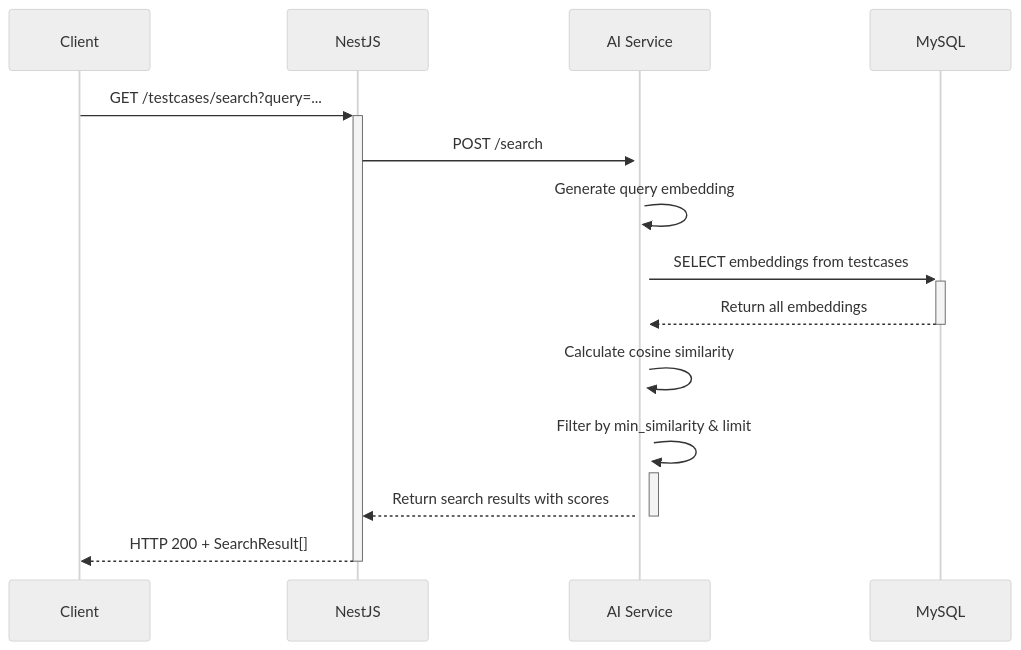
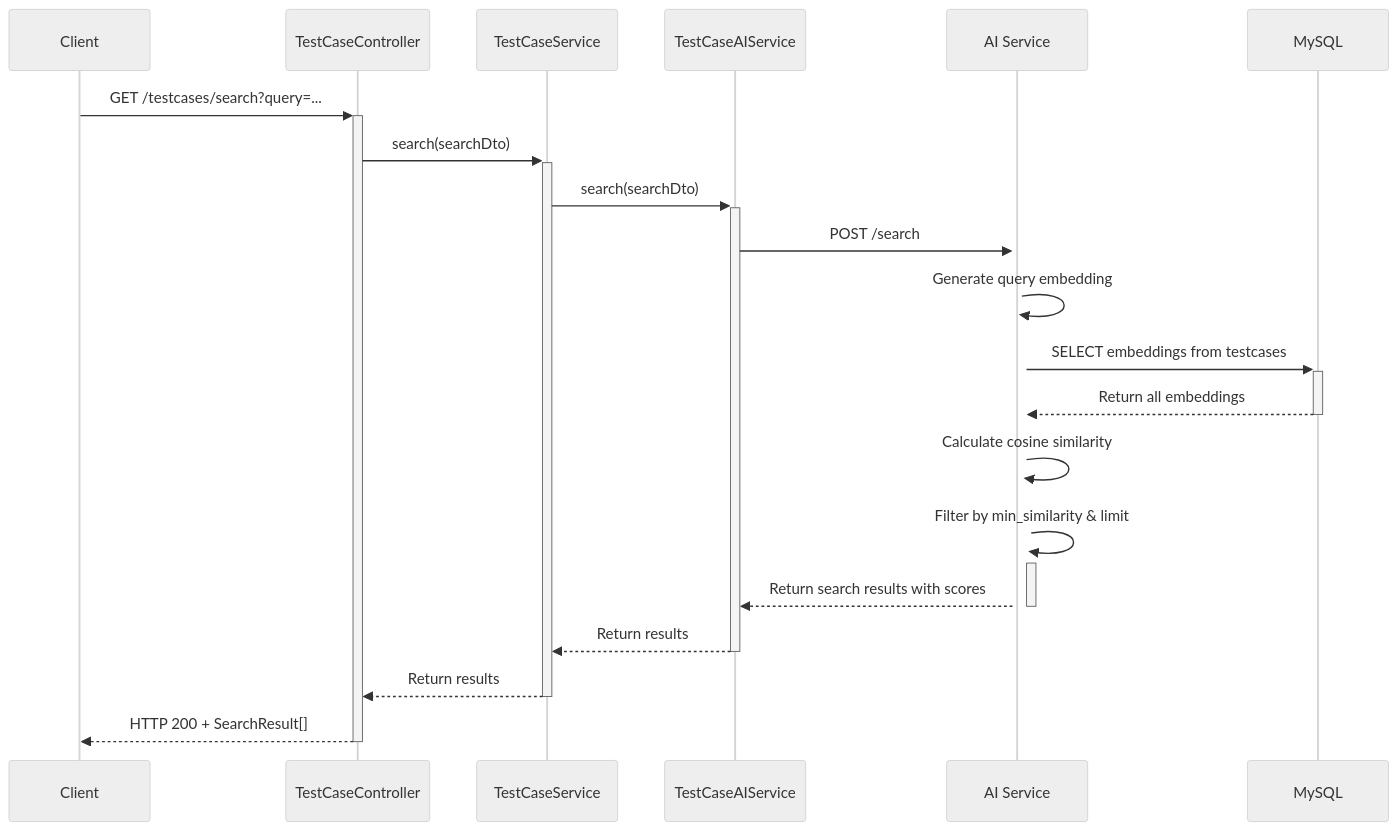
Before and after one commit to atiohaidar/test-case-management: the second of 4 diagrams in docs/Tech.md, drawn with Mermaid (neutral theme). The commit also changed other lines of this file and 7 other files, not shown here.

Commit message:
feat: Refactor TestCase module and services to improve structure and add AI functionalities

````diff
--- a/docs/Tech.md
+++ b/docs/Tech.md
@@ -226,12 +286,16 @@
 ```mermaid
 sequenceDiagram
-    Client->>+NestJS: GET /testcases/search?query=...
-    NestJS->>+AI Service: POST /search
+    Client->>+TestCaseController: GET /testcases/search?query=...
+    TestCaseController->>+TestCaseService: search(searchDto)
+    TestCaseService->>+TestCaseAIService: search(searchDto)
+    TestCaseAIService->>+AI Service: POST /search
     AI Service->>+AI Service: Generate query embedding
     AI Service->>+MySQL: SELECT embeddings from testcases
     MySQL-->>-AI Service: Return all embeddings
     AI Service->>+AI Service: Calculate cosine similarity
     AI Service->>+AI Service: Filter by min_similarity & limit
-    AI Service-->>-NestJS: Return search results with scores
-    NestJS-->>-Client: HTTP 200 + SearchResult[]
+    AI Service-->>-TestCaseAIService: Return search results with scores
+    TestCaseAIService-->>-TestCaseService: Return results
+    TestCaseService-->>-TestCaseController: Return results
+    TestCaseController-->>-Client: HTTP 200 + SearchResult[]
 ```
````
